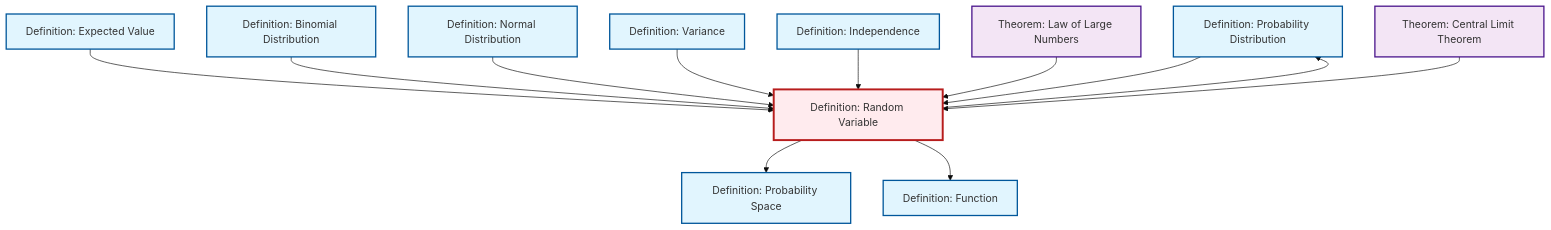
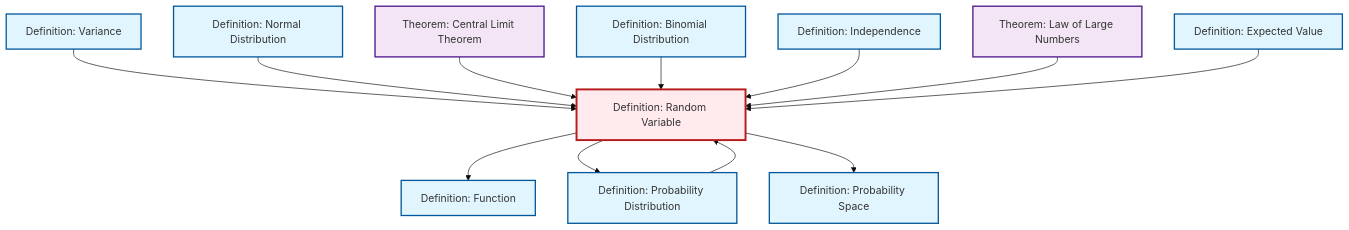
One commit to RK0429/ModernMath changed the diagram in content/en/probability-statistics/def-random-variable.qmd. Above: the diagram before and after it, drawn with Mermaid (base theme). The commit also changed other lines of this file and 672 other files, not shown here.

````diff
--- a/content/en/probability-statistics/def-random-variable.qmd
+++ b/content/en/probability-statistics/def-random-variable.qmd
@@ -49,42 +49,42 @@
 ```{mermaid}
 %%| fig-cap: "Local dependency graph"
 graph TD
     classDef definition fill:#e1f5fe,stroke:#01579b,stroke-width:2px
     classDef theorem fill:#f3e5f5,stroke:#4a148c,stroke-width:2px
     classDef axiom fill:#fff3e0,stroke:#e65100,stroke-width:2px
     classDef example fill:#e8f5e9,stroke:#1b5e20,stroke-width:2px
     classDef current fill:#ffebee,stroke:#b71c1c,stroke-width:3px
-    def-probability-distribution["Definition: Probability Distribution"]:::definition
-    def-expectation["Definition: Expected Value"]:::definition
-    thm-central-limit["Theorem: Central Limit Theorem"]:::theorem
-    def-random-variable["Definition: Random Variable"]:::definition
-    def-binomial-distribution["Definition: Binomial Distribution"]:::definition
-    def-independence["Definition: Independence"]:::definition
-    def-function["Definition: Function"]:::definition
-    thm-law-of-large-numbers["Theorem: Law of Large Numbers"]:::theorem
     def-normal-distribution["Definition: Normal Distribution"]:::definition
     def-probability-space["Definition: Probability Space"]:::definition
+    def-binomial-distribution["Definition: Binomial Distribution"]:::definition
+    thm-law-of-large-numbers["Theorem: Law of Large Numbers"]:::theorem
+    def-independence["Definition: Independence"]:::definition
+    def-expectation["Definition: Expected Value"]:::definition
+    def-function["Definition: Function"]:::definition
+    def-probability-distribution["Definition: Probability Distribution"]:::definition
+    thm-central-limit["Theorem: Central Limit Theorem"]:::theorem
     def-variance["Definition: Variance"]:::definition
+    def-random-variable["Definition: Random Variable"]:::definition
+    def-variance --> def-random-variable
+    def-normal-distribution --> def-random-variable
+    thm-central-limit --> def-random-variable
+    def-binomial-distribution --> def-random-variable
+    def-probability-distribution --> def-random-variable
+    def-random-variable --> def-function
     def-random-variable --> def-probability-distribution
+    def-independence --> def-random-variable
     def-random-variable --> def-probability-space
+    thm-law-of-large-numbers --> def-random-variable
     def-expectation --> def-random-variable
-    def-binomial-distribution --> def-random-variable
-    def-normal-distribution --> def-random-variable
-    def-variance --> def-random-variable
-    def-independence --> def-random-variable
-    def-probability-distribution --> def-random-variable
-    thm-law-of-large-numbers --> def-random-variable
-    def-random-variable --> def-function
-    thm-central-limit --> def-random-variable
     class def-random-variable current
-    click def-probability-distribution "def-probability-distribution.html" "Go to Probability Distribution definition"
-    click def-expectation "def-expectation.html" "Go to Expected Value definition"
-    click thm-central-limit "thm-central-limit.html" "Go to Central Limit Theorem theorem"
-    click def-binomial-distribution "def-binomial-distribution.html" "Go to Binomial Distribution definition"
-    click def-independence "def-independence.html" "Go to Independence definition"
-    click def-function "def-function.html" "Go to Function definition"
-    click thm-law-of-large-numbers "thm-law-of-large-numbers.html" "Go to Law of Large Numbers theorem"
     click def-normal-distribution "def-normal-distribution.html" "Go to Normal Distribution definition"
     click def-probability-space "def-probability-space.html" "Go to Probability Space definition"
+    click def-binomial-distribution "def-binomial-distribution.html" "Go to Binomial Distribution definition"
+    click thm-law-of-large-numbers "thm-law-of-large-numbers.html" "Go to Law of Large Numbers theorem"
+    click def-independence "def-independence.html" "Go to Independence definition"
+    click def-expectation "def-expectation.html" "Go to Expected Value definition"
+    click def-function "def-function.html" "Go to Function definition"
+    click def-probability-distribution "def-probability-distribution.html" "Go to Probability Distribution definition"
+    click thm-central-limit "thm-central-limit.html" "Go to Central Limit Theorem theorem"
     click def-variance "def-variance.html" "Go to Variance definition"
 ```
````
